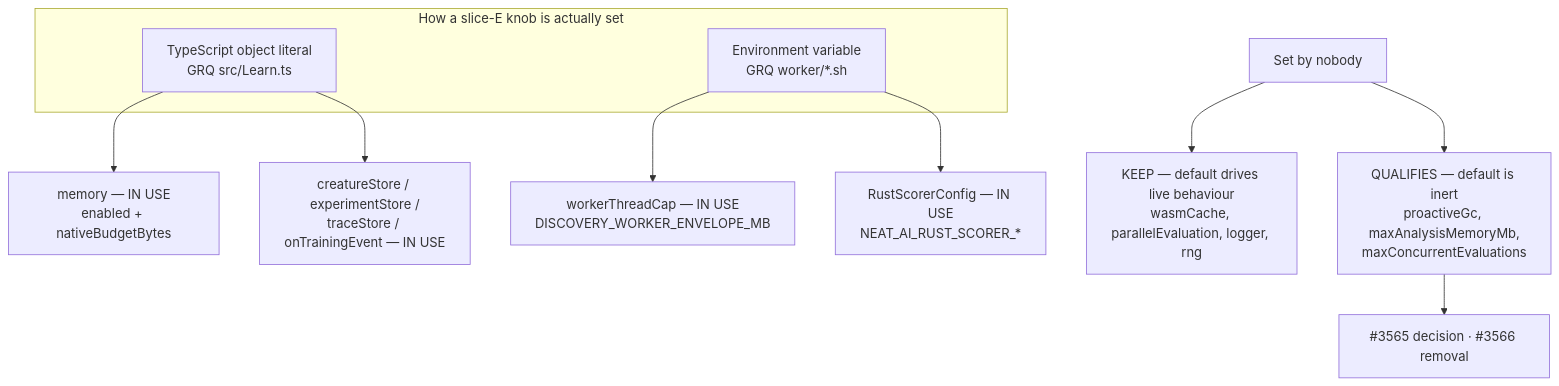
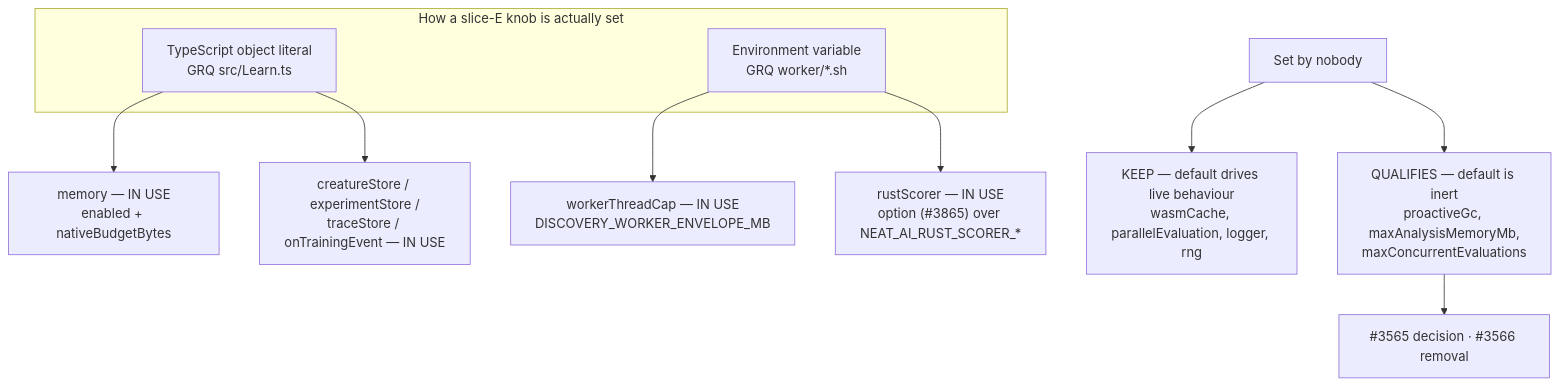
Before and after one commit to stSoftwareAU/NEAT-AI: the diagram in docs/OPTION_AUDIT_SLICE_E.md, drawn with Mermaid. The commit also changed other lines of this file and 17 other files, not shown here.

First line of the commit message:
Promote the Rust scorer config to a NeatOptions.rustScorer key (Issue #3865)

````diff
--- a/docs/OPTION_AUDIT_SLICE_E.md
+++ b/docs/OPTION_AUDIT_SLICE_E.md
@@ -43,17 +45,17 @@
 ```mermaid
 flowchart TD
     subgraph SRC["How a slice-E knob is actually set"]
         TS["TypeScript object literal<br/>GRQ src/Learn.ts"]
         ENV["Environment variable<br/>GRQ worker/*.sh"]
     end
 
     TS --> MEM["memory — IN USE<br/>enabled + nativeBudgetBytes"]
     TS --> INJ["creatureStore / experimentStore /<br/>traceStore / onTrainingEvent — IN USE"]
     ENV --> WTC["workerThreadCap — IN USE<br/>DISCOVERY_WORKER_ENVELOPE_MB"]
-    ENV --> RSC["RustScorerConfig — IN USE<br/>NEAT_AI_RUST_SCORER_*"]
+    ENV --> RSC["rustScorer — IN USE<br/>option (#3865) over NEAT_AI_RUST_SCORER_*"]
 
     NOBODY["Set by nobody"] --> LIVE["KEEP — default drives live behaviour<br/>wasmCache, parallelEvaluation, logger, rng"]
     NOBODY --> INERT["QUALIFIES — default is inert<br/>proactiveGc, maxAnalysisMemoryMb,<br/>maxConcurrentEvaluations"]
 
     INERT --> ISSUES["#3565 decision · #3566 removal"]
 ```
````
